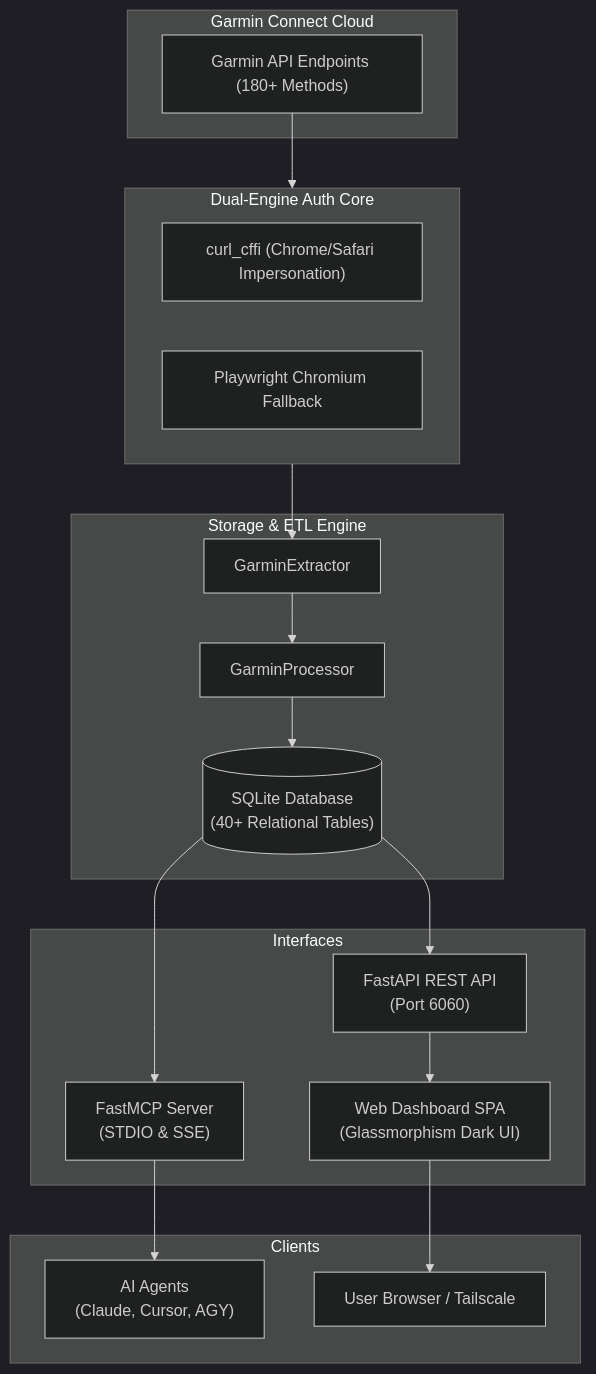
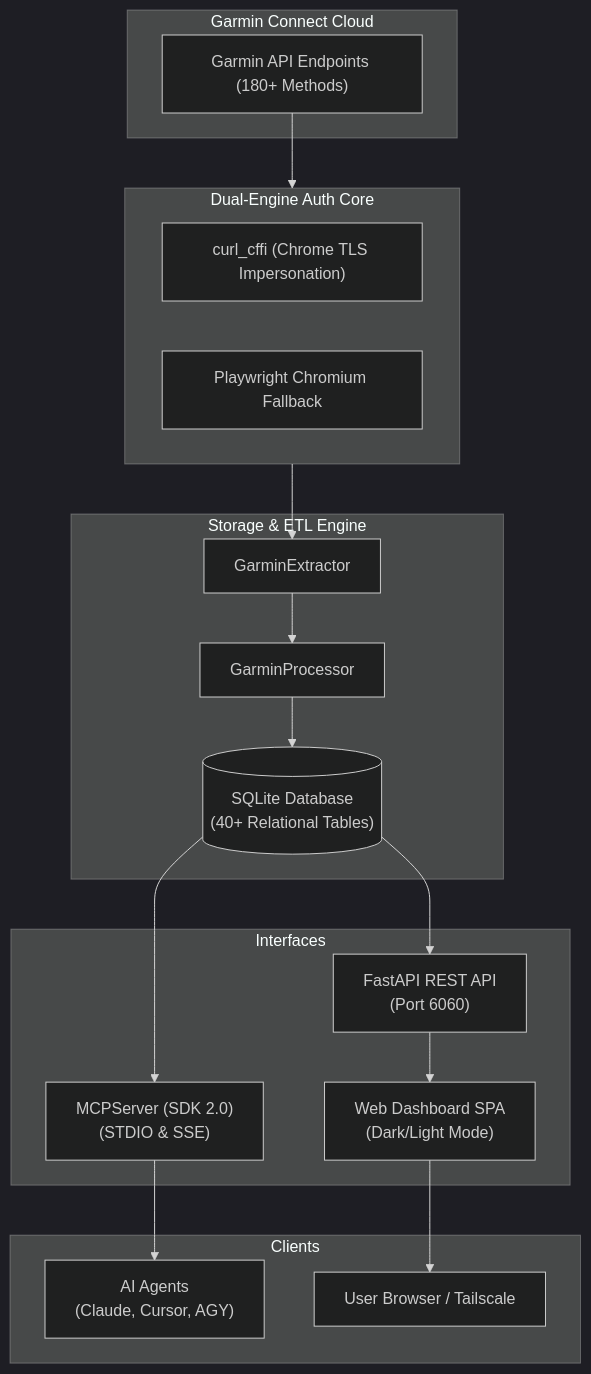
One commit to kaivyy/garminsynapse changed the diagram in README.md. Above: the diagram before and after it, drawn with Mermaid (dark theme). The commit also changed other lines of this file, not shown here.

Commit message:
docs: update README with MCP SDK 2.0, auto-install flow, deps table, CLI commands

````diff
--- a/README.md
+++ b/README.md
@@ -50,38 +51,38 @@
 ```mermaid
 flowchart TD
     subgraph Cloud["Garmin Connect Cloud"]
         GC["Garmin API Endpoints (180+ Methods)"]
     end
 
     subgraph Auth["Dual-Engine Auth Core"]
-        CFFI["curl_cffi (Chrome/Safari Impersonation)"]
+        CFFI["curl_cffi (Chrome TLS Impersonation)"]
         PW["Playwright Chromium Fallback"]
     end
 
     subgraph Storage["Storage & ETL Engine"]
         EXT["GarminExtractor"]
         PROC["GarminProcessor"]
         DB[("SQLite Database\n(40+ Relational Tables)")]
     end
 
     subgraph Access["Interfaces"]
-        MCP["FastMCP Server\n(STDIO & SSE)"]
+        MCP["MCPServer (SDK 2.0)\n(STDIO & SSE)"]
         REST["FastAPI REST API\n(Port 6060)"]
-        SPA["Web Dashboard SPA\n(Glassmorphism Dark UI)"]
+        SPA["Web Dashboard SPA\n(Dark/Light Mode)"]
     end
 
     subgraph Clients["Clients"]
         AI["AI Agents\n(Claude, Cursor, AGY)"]
         User["User Browser / Tailscale"]
     end
 
     GC --> Auth
     Auth --> EXT
     EXT --> PROC
     PROC --> DB
     DB --> MCP
     DB --> REST
     REST --> SPA
     MCP --> AI
     SPA --> User
 ```
````
